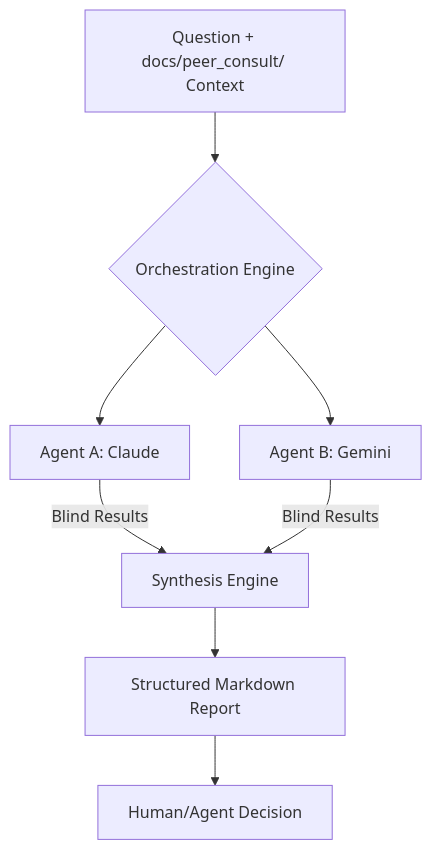
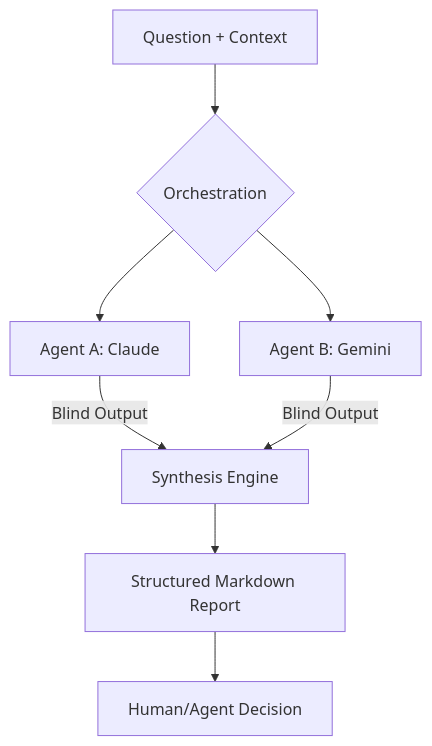
Before and after one commit to AsaqeLee/peer-consult: the diagram in README.md, drawn with Mermaid. The commit also changed other lines of this file, not shown here.

````diff
--- a/README.md
+++ b/README.md
@@ -9,10 +25,10 @@
 ```mermaid
 graph TD
-    Input[Question + docs/peer_consult/ Context] --> Engine{Orchestration Engine}
+    Input[Question + Context] --> Engine{Orchestration}
     Engine --> Agent1[Agent A: Claude]
     Engine --> Agent2[Agent B: Gemini]
-    Agent1 -- Blind Results --> Synthesis[Synthesis Engine]
-    Agent2 -- Blind Results --> Synthesis
-    Synthesis --> Output[Structured Markdown Report]
-    Output --> Audit[Human/Agent Decision]
+    Agent1 -- Blind Output --> Synthesis[Synthesis Engine]
+    Agent2 -- Blind Output --> Synthesis
+    Synthesis --> Report[Structured Markdown Report]
+    Report --> Audit[Human/Agent Decision]
 ```
````
